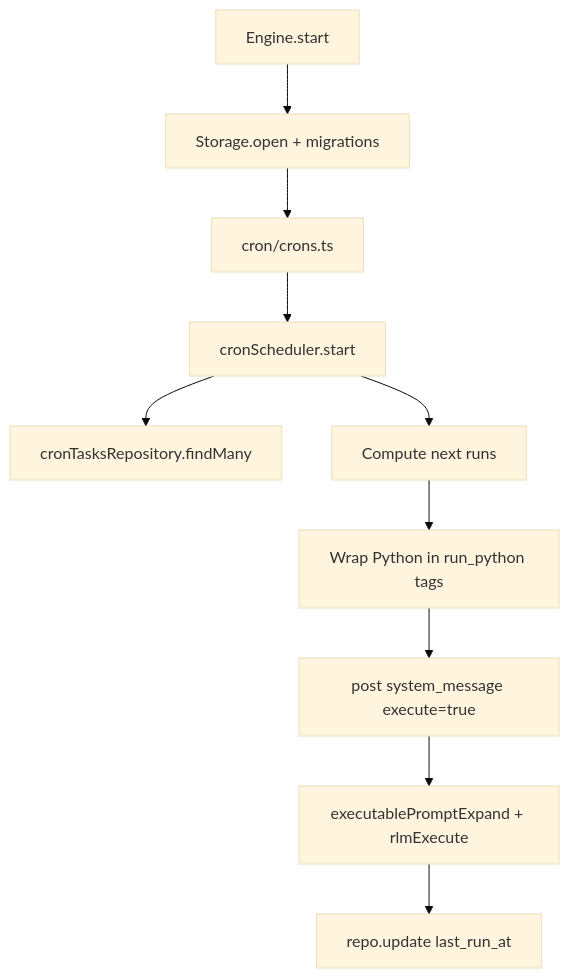
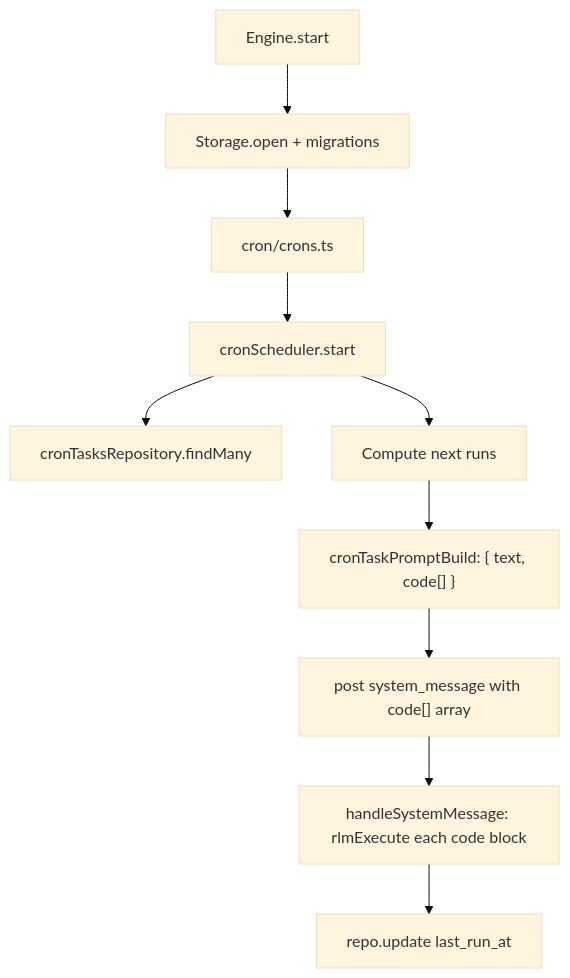
One commit to ex3ndr/daycare changed the diagram in packages/daycare/sources/engine/cron/README.md. Above: the diagram before and after it, drawn with Mermaid (base theme). The commit also changed other lines of this file and 32 other files, not shown here.

First line of the commit message:
feat(heartbeat,cron): execute Python code blocks directly via rlmExecute

````diff
--- a/packages/daycare/sources/engine/cron/README.md
+++ b/packages/daycare/sources/engine/cron/README.md
@@ -35,12 +35,12 @@
 ```mermaid
 flowchart TD
   Engine[Engine.start] --> Storage[Storage.open + migrations]
   Storage --> Crons[cron/crons.ts]
   Crons --> Scheduler[cronScheduler.start]
   Scheduler --> Repo[cronTasksRepository.findMany]
   Scheduler --> Tick[Compute next runs]
-  Tick --> Wrap[Wrap Python in run_python tags]
-  Wrap --> AgentSystem[post system_message execute=true]
-  AgentSystem --> RLM[executablePromptExpand + rlmExecute]
+  Tick --> Build["cronTaskPromptBuild: { text, code[] }"]
+  Build --> AgentSystem["post system_message with code[] array"]
+  AgentSystem --> RLM["handleSystemMessage: rlmExecute each code block"]
   RLM --> Record[repo.update last_run_at]
 ```
````
